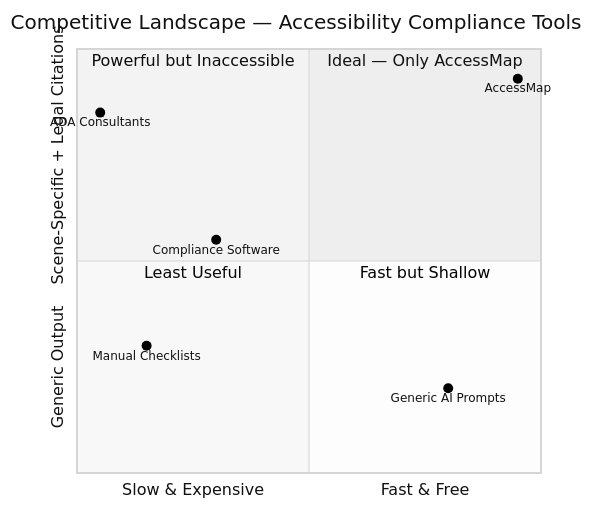
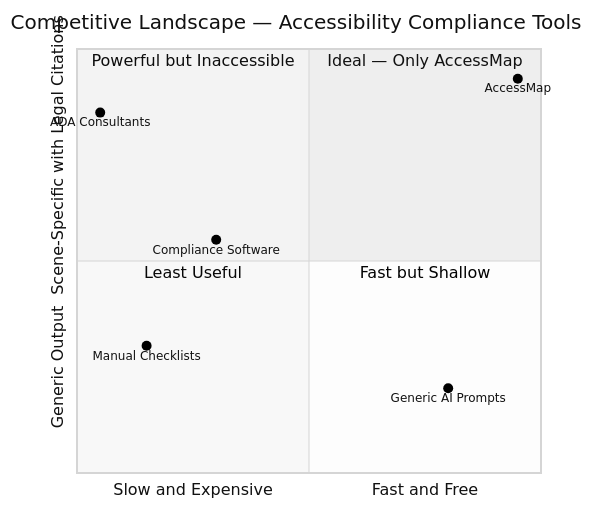
One commit to Iceman-Dann/AccessMap changed the eighth of 12 diagrams in README.md. Above: the diagram before and after it, drawn with Mermaid (neutral theme). The commit also changed other lines of this file, not shown here.

````diff
--- a/README.md
+++ b/README.md
@@ -282,15 +282,15 @@
 ```mermaid
 quadrantChart
     title Competitive Landscape — Accessibility Compliance Tools
-    x-axis "Slow & Expensive" --> "Fast & Free"
-    y-axis "Generic Output" --> "Scene-Specific + Legal Citations"
+    x-axis "Slow and Expensive" --> "Fast and Free"
+    y-axis "Generic Output" --> "Scene-Specific with Legal Citations"
     quadrant-1 "Ideal — Only AccessMap"
     quadrant-2 "Powerful but Inaccessible"
     quadrant-3 "Least Useful"
     quadrant-4 "Fast but Shallow"
     AccessMap: [0.95, 0.93]
     ADA Consultants: [0.05, 0.85]
     Compliance Software: [0.30, 0.55]
     Generic AI Prompts: [0.80, 0.20]
     Manual Checklists: [0.15, 0.30]
 ```
````
